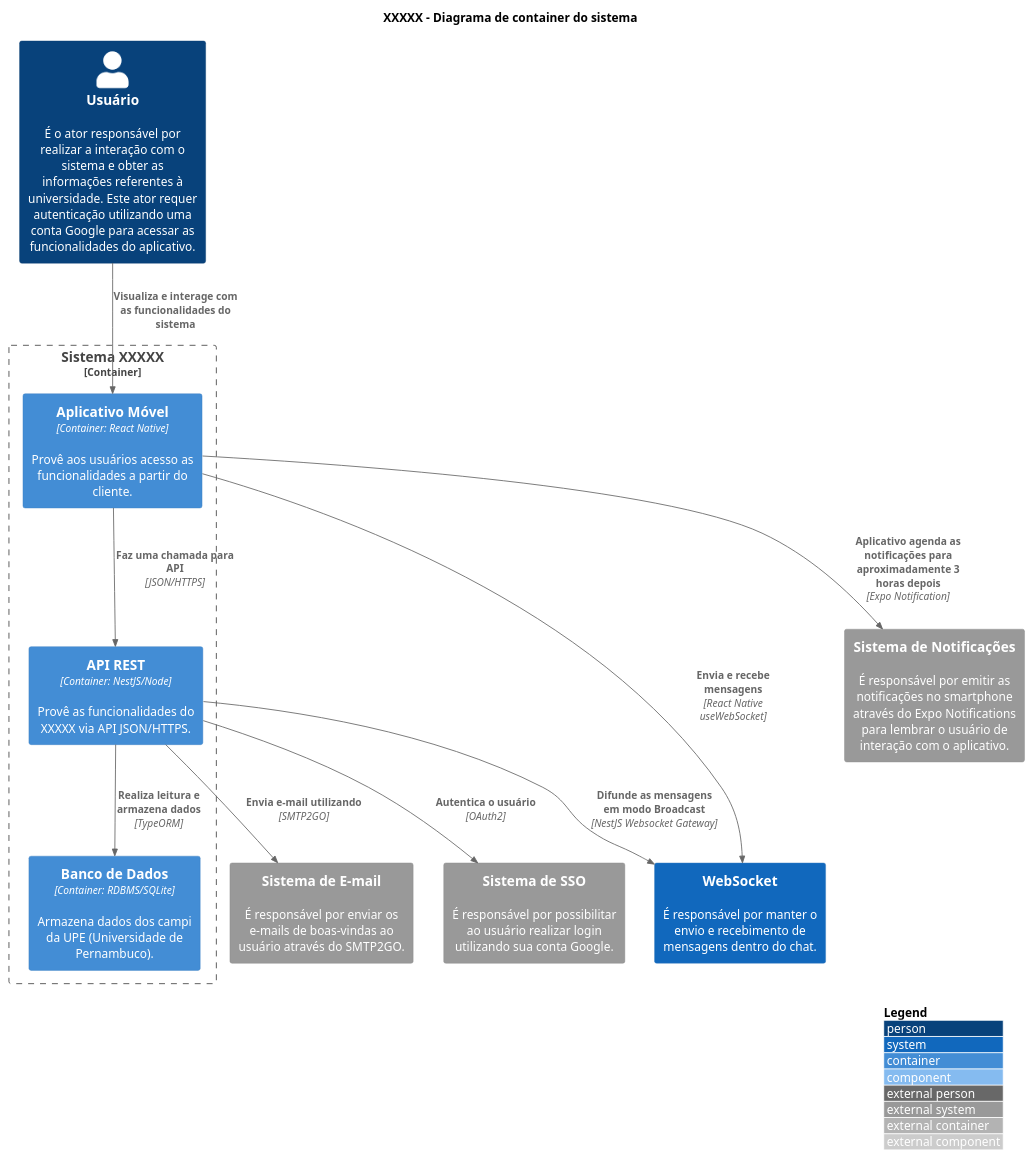
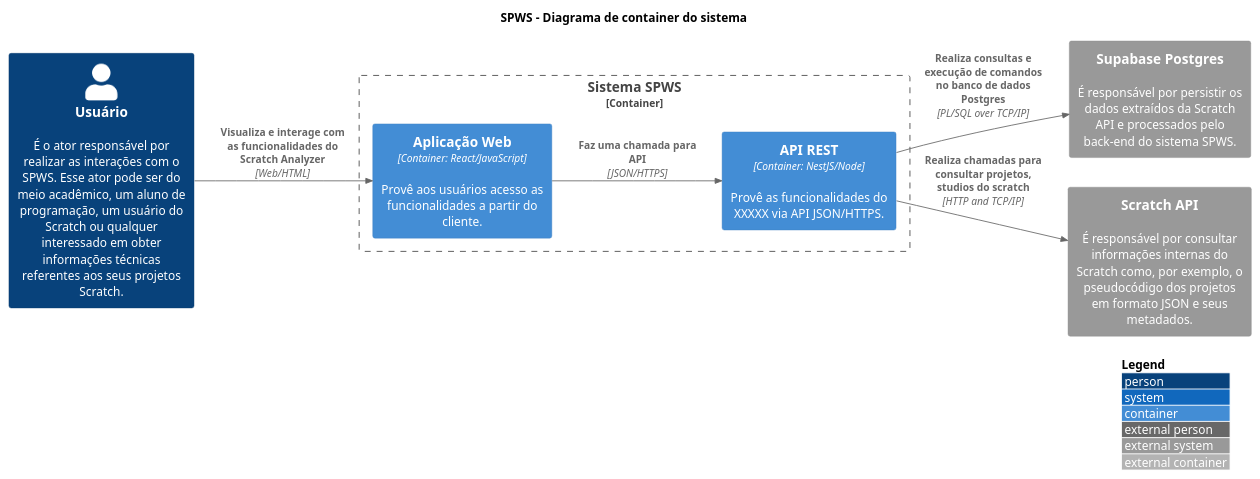
Before and after one commit to MurylloEx/ml-scratch-webcrawler-docs: the diagram in pages/C1. Visão Geral/C2. Sistema/containers.puml, drawn with PlantUML. The commit also changed 3 other files, not shown here.

Commit message:
docs: added C1, C2, C3 and use case diagrams

```diff
--- a/pages/C1. Visão Geral/C2. Sistema/containers.puml
+++ b/pages/C1. Visão Geral/C2. Sistema/containers.puml
@@ -1,34 +1,28 @@
 @startuml "Container Diagram"
 
-title "XXXXX - Diagrama de container do sistema"
+title "SPWS - Diagrama de container do sistema"
 
-!include https://raw.githubusercontent.com/adrianvlupu/C4-PlantUML/latest/C4_Component.puml
+!include https://raw.githubusercontent.com/adrianvlupu/C4-PlantUML/latest/C4_Container.puml
 
 LAYOUT_WITH_LEGEND()
+LAYOUT_LEFT_RIGHT()
 
 skinparam backgroundcolor transparent
 
-Person(ActorUser, "Usuário", "É o ator responsável por realizar a interação com o sistema e obter as informações referentes à universidade. Este ator requer autenticação utilizando uma conta Google para acessar as funcionalidades do aplicativo.")
+Person(ActorUser, "Usuário", "É o ator responsável por realizar as interações com o SPWS. Esse ator pode ser do meio acadêmico, um aluno de programação, um usuário do Scratch ou qualquer interessado em obter informações técnicas referentes aos seus projetos Scratch.")
 
-Container_Boundary(SystemSejaUPE, "Sistema XXXXX") {
-  Container(ContainerMobileApp, "Aplicativo Móvel", "Container: React Native", "Provê aos usuários acesso as funcionalidades a partir do cliente.")
+Container_Boundary(SystemSejaUPE, "Sistema SPWS") {
+  Container(ContainerWebApp, "Aplicação Web", "Container: React/JavaScript", "Provê aos usuários acesso as funcionalidades a partir do cliente.")
   Container(ContainerServerApi, "API REST", "Container: NestJS/Node", "Provê as funcionalidades do XXXXX via API JSON/HTTPS.")
-  Container(ContainerDatabase, "Banco de Dados", "Container: RDBMS/SQLite", "Armazena dados dos campi da UPE (Universidade de Pernambuco).")
   
-  Rel(ContainerServerApi, ContainerDatabase, "Realiza leitura e armazena dados", "TypeORM")
-  Rel(ContainerMobileApp, ContainerServerApi, "Faz uma chamada para API", "JSON/HTTPS")
+  Rel(ContainerWebApp, ContainerServerApi, "Faz uma chamada para API", "JSON/HTTPS")
 }
 
-System(SystemWebsocket, "WebSocket", "É responsável por manter o envio e recebimento de mensagens dentro do chat.")
-System_Ext(SystemSmtp, "Sistema de E-mail", "É responsável por enviar os e-mails de boas-vindas ao usuário através do SMTP2GO.")
-System_Ext(SystemNotification, "Sistema de Notificações", "É responsável por emitir as notificações no smartphone através do Expo Notifications para lembrar o usuário de interação com o aplicativo.")
-System_Ext(SystemOAuth2, "Sistema de SSO", "É responsável por possibilitar ao usuário realizar login utilizando sua conta Google.")
+System_Ext(SystemSupabase, "Supabase Postgres", "É responsável por persistir os dados extraídos da Scratch API e processados pelo back-end do sistema SPWS.")
+System_Ext(SystemScratchApi, "Scratch API", "É responsável por consultar informações internas do Scratch como, por exemplo, o pseudocódigo dos projetos em formato JSON e seus metadados.")
 
-Rel(ActorUser, ContainerMobileApp, "Visualiza e interage com as funcionalidades do sistema")
-Rel(ContainerMobileApp, SystemNotification, "Aplicativo agenda as notificações para aproximadamente 3 horas depois", "Expo Notification")
-Rel(ContainerMobileApp, SystemWebsocket, "Envia e recebe mensagens", "React Native useWebSocket")
-Rel(ContainerServerApi, SystemWebsocket, "Difunde as mensagens em modo Broadcast", "NestJS Websocket Gateway")
-Rel(ContainerServerApi, SystemOAuth2, "Autentica o usuário", "OAuth2")
-Rel(ContainerServerApi, SystemSmtp, "Envia e-mail utilizando", "SMTP2GO")
+Rel(ActorUser, ContainerWebApp, "Visualiza e interage com as funcionalidades do Scratch Analyzer", "Web/HTML")
+Rel(ContainerServerApi, SystemSupabase, "Realiza consultas e execução de comandos no banco de dados Postgres", "PL/SQL over TCP/IP")
+Rel(ContainerServerApi, SystemScratchApi, "Realiza chamadas para consultar projetos, studios do scratch", "HTTP and TCP/IP")
 
 @enduml
```
